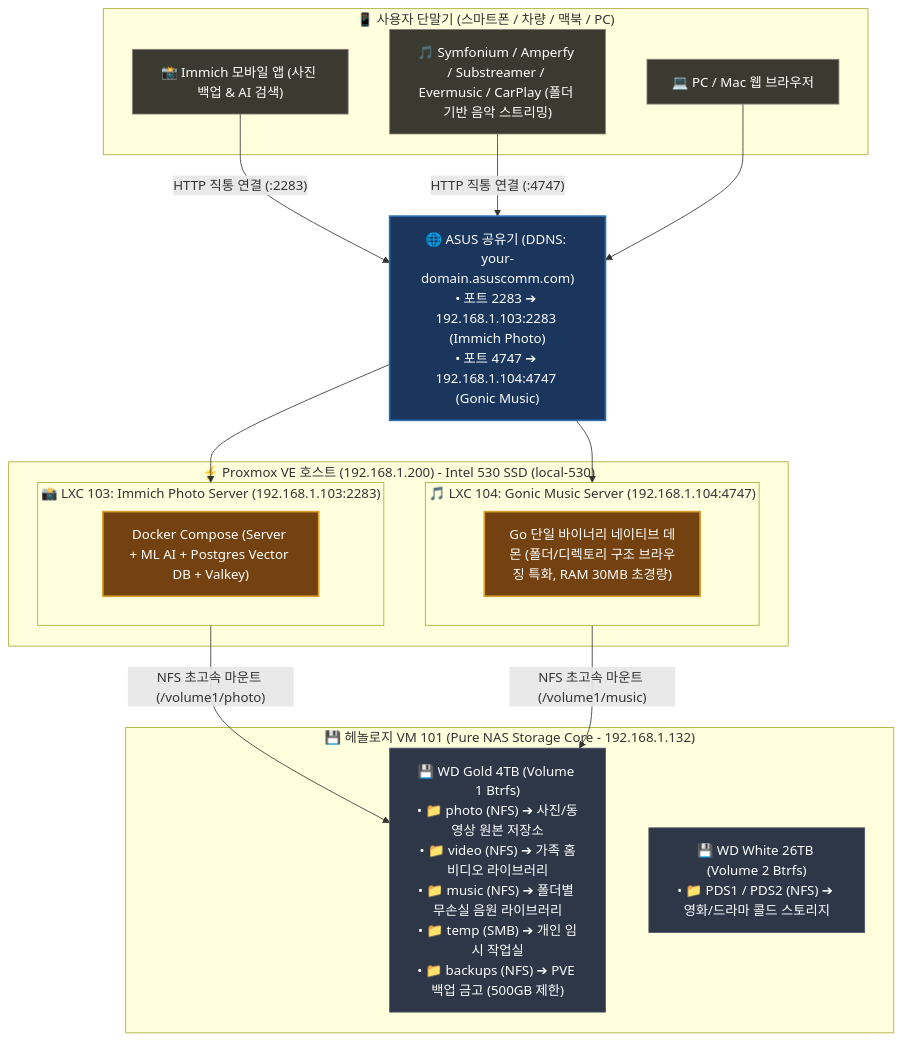
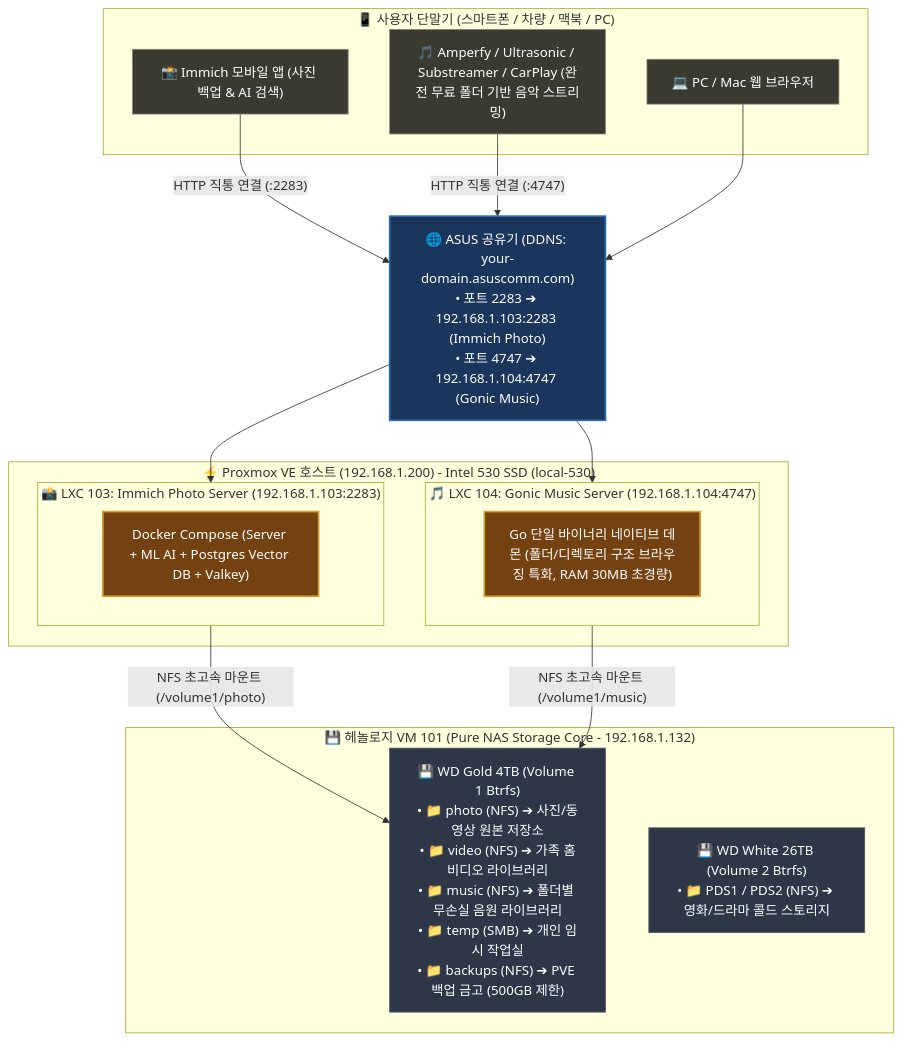
One commit to waceh/nas changed the diagram in self-nas/docs/09_immich_caddy_https_and_storage_setup.md. Above: the diagram before and after it, drawn with Mermaid. The commit also changed other lines of this file and 4 other files, not shown here.

Commit message:
docs: Gonic 음악 클라이언트를 100% 완전 무료/오픈소스 앱(Amperfy, Ultrasonic/DSub, Substreamer)으로 전면 갱신

````diff
--- a/self-nas/docs/09_immich_caddy_https_and_storage_setup.md
+++ b/self-nas/docs/09_immich_caddy_https_and_storage_setup.md
@@ -9,45 +9,45 @@
 ```mermaid
 flowchart TB
     %% Styles
     classDef client fill:#3b3a30,stroke:#8c827a,stroke-width:1px,color:#fff;
     classDef pve fill:#1a365d,stroke:#2b6cb0,stroke-width:2px,color:#fff;
     classDef lxc fill:#744210,stroke:#d69e2e,stroke-width:2px,color:#fff;
     classDef storage fill:#2d3748,stroke:#4a5568,stroke-width:1px,color:#fff;
 
     %% Clients
     subgraph Clients["📱 사용자 단말기 (스마트폰 / 차량 / 맥북 / PC)"]
         MobilePhoto["📸 Immich 모바일 앱 (사진 백업 & AI 검색)"]:::client
-        MobileMusic["🎵 Symfonium / Amperfy / Substreamer / Evermusic / CarPlay (폴더 기반 음악 스트리밍)"]:::client
+        MobileMusic["🎵 Amperfy / Ultrasonic / Substreamer / CarPlay (완전 무료 폴더 기반 음악 스트리밍)"]:::client
         Browser["💻 PC / Mac 웹 브라우저"]:::client
     end
 
     %% Router
     Router["🌐 ASUS 공유기 (DDNS: your-domain.asuscomm.com)<br/>• 포트 2283 ➔ 192.168.1.103:2283 (Immich Photo)<br/>• 포트 4747 ➔ 192.168.1.104:4747 (Gonic Music)"]:::pve
 
     %% Proxmox Native LXC (Intel 530 SSD local-530 위 구동)
     subgraph PVE_Host["⚡ Proxmox VE 호스트 (192.168.1.200) - Intel 530 SSD (local-530)"]
         subgraph LXC103["📸 LXC 103: Immich Photo Server (192.168.1.103:2283)"]
             ImmichStack["Docker Compose (Server + ML AI + Postgres Vector DB + Valkey)"]:::lxc
         end
 
         subgraph LXC104["🎵 LXC 104: Gonic Music Server (192.168.1.104:4747)"]
             GonicNative["Go 단일 바이너리 네이티브 데몬 (폴더/디렉토리 구조 브라우징 특화, RAM 30MB 초경량)"]:::lxc
         end
     end
 
     %% 헤놀로지 VM 101 (Pure NAS Storage Core)
     subgraph StorageCore["💾 헤놀로지 VM 101 (Pure NAS Storage Core - 192.168.1.132)"]
         WD_Gold["💾 WD Gold 4TB (Volume 1 Btrfs)<br/>• 📁 photo (NFS) ➔ 사진/동영상 원본 저장소<br/>• 📁 video (NFS) ➔ 가족 홈비디오 라이브러리<br/>• 📁 music (NFS) ➔ 폴더별 무손실 음원 라이브러리<br/>• 📁 temp (SMB) ➔ 개인 임시 작업실<br/>• 📁 backups (NFS) ➔ PVE 백업 금고 (500GB 제한)"]:::storage
         WD_White["💾 WD White 26TB (Volume 2 Btrfs)<br/>• 📁 PDS1 / PDS2 (NFS) ➔ 영화/드라마 콜드 스토리지"]:::storage
     end
 
     %% Connections
     MobilePhoto -->|"HTTP 직통 연결 (:2283)"| Router
     MobileMusic -->|"HTTP 직통 연결 (:4747)"| Router
     Browser --> Router
     Router --> LXC103
     Router --> LXC104
     
     LXC103 -->|"NFS 초고속 마운트 (/volume1/photo)"| WD_Gold
     LXC104 -->|"NFS 초고속 마운트 (/volume1/music)"| WD_Gold
 ```
````
